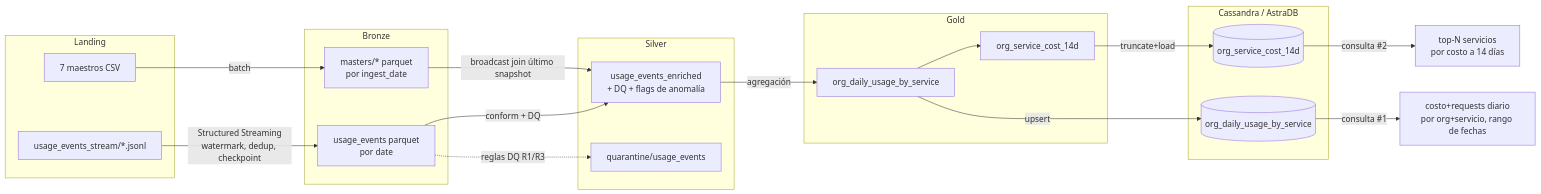
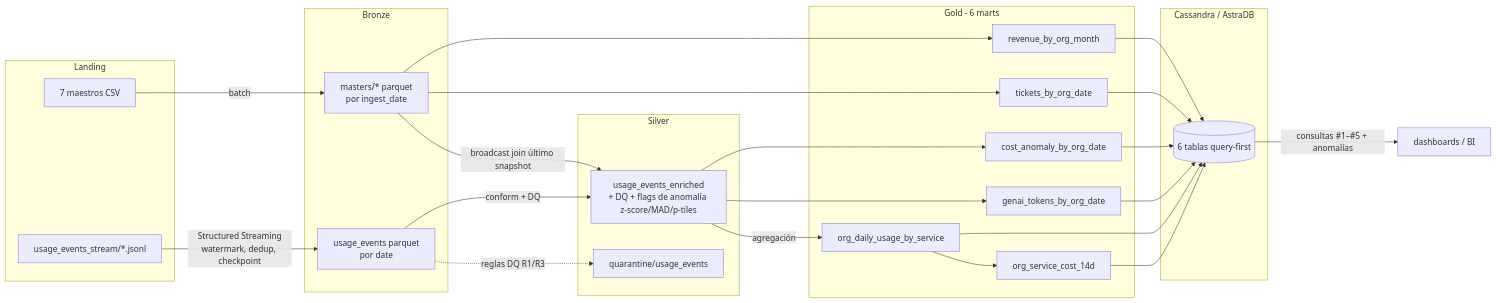
One commit to PakiQuian/tpe_big_data_2026 changed the diagram in segundo-parcial/README.md. Above: the diagram before and after it, drawn with Mermaid. The commit also changed other lines of this file and 13 other files, not shown here.

Commit message:
Add cost_anomaly mart + 3-method anomaly detection + query evidence

````diff
--- a/segundo-parcial/README.md
+++ b/segundo-parcial/README.md
@@ -41,34 +41,44 @@
 ```mermaid
 flowchart LR
     subgraph Landing
       CSV[7 maestros CSV]
       JSONL[usage_events_stream/*.jsonl]
     end
     subgraph Bronze
       BM[masters/* parquet<br/>por ingest_date]
       BE[usage_events parquet<br/>por date]
     end
     subgraph Silver
-      SE[usage_events_enriched<br/>+ DQ + flags de anomalía]
+      SE[usage_events_enriched<br/>+ DQ + flags de anomalía z-score/MAD/p-tiles]
       Q[quarantine/usage_events]
     end
-    subgraph Gold
+    subgraph Gold[Gold - 6 marts]
       GD[org_daily_usage_by_service]
       G14[org_service_cost_14d]
+      GT[tickets_by_org_date]
+      GR[revenue_by_org_month]
+      GG[genai_tokens_by_org_date]
+      GA[cost_anomaly_by_org_date]
     end
     subgraph Serving[Cassandra / AstraDB]
-      T1[(org_daily_usage_by_service)]
-      T2[(org_service_cost_14d)]
+      T[(6 tablas query-first)]
     end
 
     CSV -->|batch| BM
     JSONL -->|Structured Streaming<br/>watermark, dedup, checkpoint| BE
     BE -.->|reglas DQ R1/R3| Q
     BE -->|conform + DQ| SE
     BM -->|broadcast join último snapshot| SE
     SE -->|agregación| GD --> G14
-    GD -->|upsert| T1
-    G14 -->|truncate+load| T2
-    T1 -->|consulta #1| R1[costo+requests diario<br/>por org+servicio, rango de fechas]
-    T2 -->|consulta #2| R2[top-N servicios<br/>por costo a 14 días]
+    SE --> GG
+    SE --> GA
+    BM --> GT
+    BM --> GR
+    GD --> T
+    G14 --> T
+    GT --> T
+    GR --> T
+    GG --> T
+    GA --> T
+    T -->|consultas #1–#5 + anomalías| R[dashboards / BI]
 ```
````
